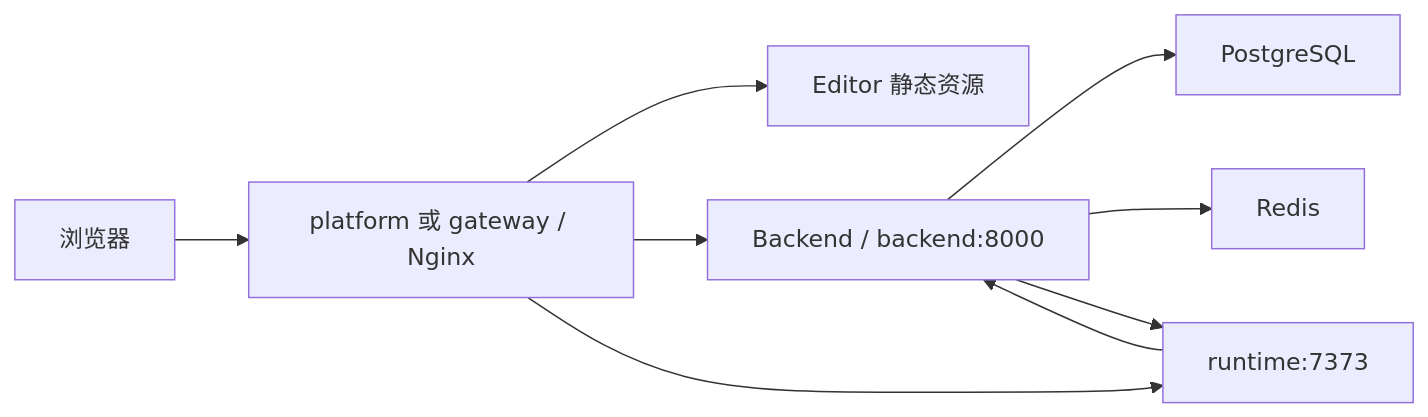
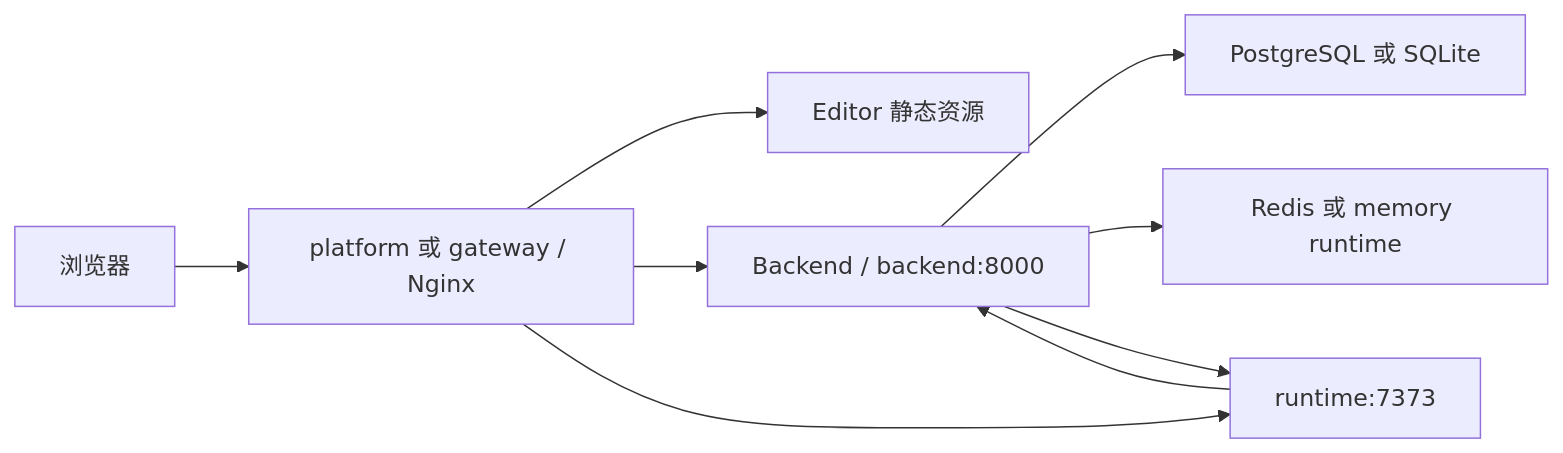
The diagram in docs/developer/deployment/README.md (LLMxPM/web-presentation), drawn with Mermaid before and after one commit. The commit also changed other lines of this file and 16 other files, not shown here.

````diff
--- a/docs/developer/deployment/README.md
+++ b/docs/developer/deployment/README.md
@@ -226,11 +249,11 @@
 ```mermaid
 flowchart LR
     Browser["浏览器"] --> Gateway["platform 或 gateway / Nginx"]
     Gateway --> Editor["Editor 静态资源"]
     Gateway --> Backend["Backend / backend:8000"]
     Gateway --> Runtime["runtime:7373"]
-    Backend --> Postgres["PostgreSQL"]
-    Backend --> Redis["Redis"]
+    Backend --> Database["PostgreSQL 或 SQLite"]
+    Backend --> RuntimeState["Redis 或 memory runtime"]
     Backend --> Runtime
     Runtime --> Backend
 ```
````
